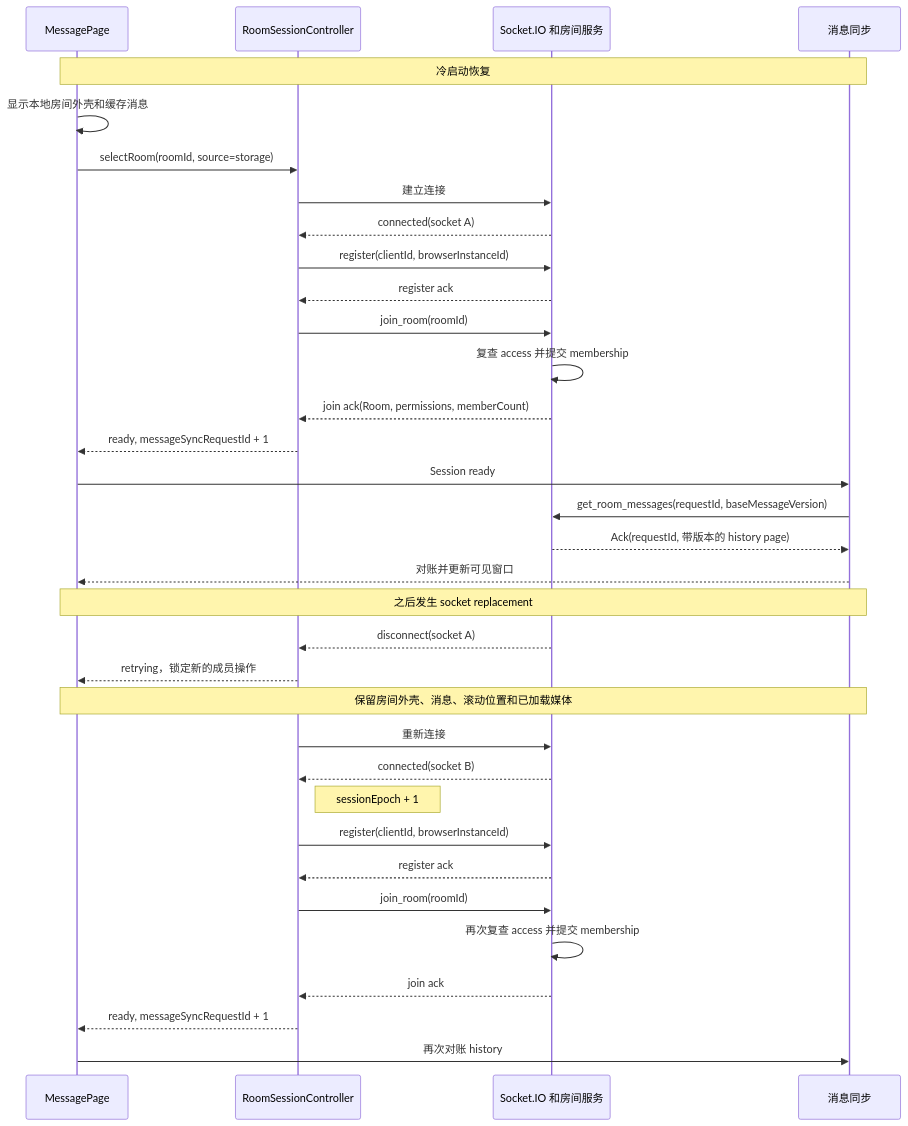
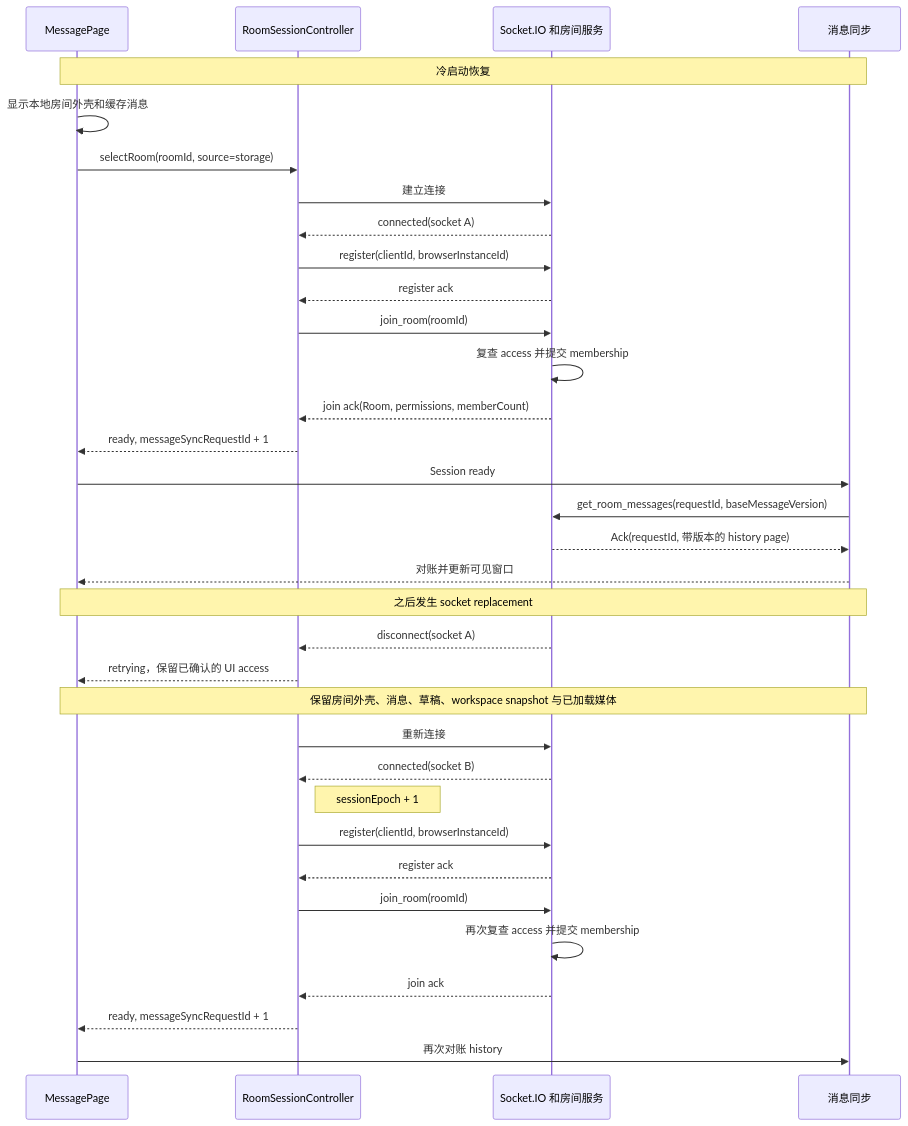
The diagram in docs/room-reliability-architecture.zh.md (Skymore/roomtalk), drawn with Mermaid before and after one commit. The commit also changed other lines of this file and 17 other files, not shown here.

````diff
--- a/docs/room-reliability-architecture.zh.md
+++ b/docs/room-reliability-architecture.zh.md
@@ -99,38 +100,38 @@
 ```mermaid
 sequenceDiagram
     participant Page as MessagePage
     participant Session as RoomSessionController
     participant Server as Socket.IO 和房间服务
     participant Messages as 消息同步
 
     Note over Page,Messages: 冷启动恢复
     Page->>Page: 显示本地房间外壳和缓存消息
     Page->>Session: selectRoom(roomId, source=storage)
     Session->>Server: 建立连接
     Server-->>Session: connected(socket A)
     Session->>Server: register(clientId, browserInstanceId)
     Server-->>Session: register ack
     Session->>Server: join_room(roomId)
     Server->>Server: 复查 access 并提交 membership
     Server-->>Session: join ack(Room, permissions, memberCount)
     Session-->>Page: ready, messageSyncRequestId + 1
     Page->>Messages: Session ready
     Messages->>Server: get_room_messages(requestId, baseMessageVersion)
     Server-->>Messages: Ack(requestId, 带版本的 history page)
     Messages-->>Page: 对账并更新可见窗口
 
     Note over Page,Messages: 之后发生 socket replacement
     Server-->>Session: disconnect(socket A)
-    Session-->>Page: retrying，锁定新的成员操作
-    Note over Page,Messages: 保留房间外壳、消息、滚动位置和已加载媒体
+    Session-->>Page: retrying，保留已确认的 UI access
+    Note over Page,Messages: 保留房间外壳、消息、草稿、workspace snapshot 与已加载媒体
     Session->>Server: 重新连接
     Server-->>Session: connected(socket B)
     Note right of Session: sessionEpoch + 1
     Session->>Server: register(clientId, browserInstanceId)
     Server-->>Session: register ack
     Session->>Server: join_room(roomId)
     Server->>Server: 再次复查 access 并提交 membership
     Server-->>Session: join ack
     Session-->>Page: ready, messageSyncRequestId + 1
     Page->>Messages: 再次对账 history
 ```
````
